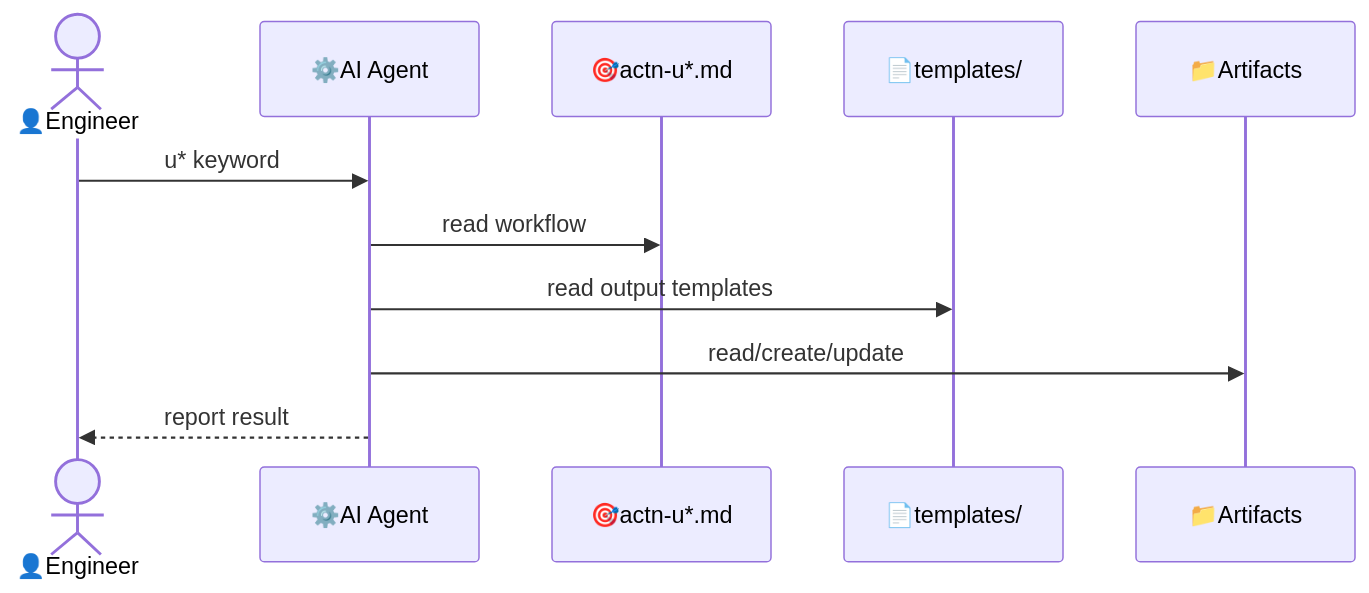
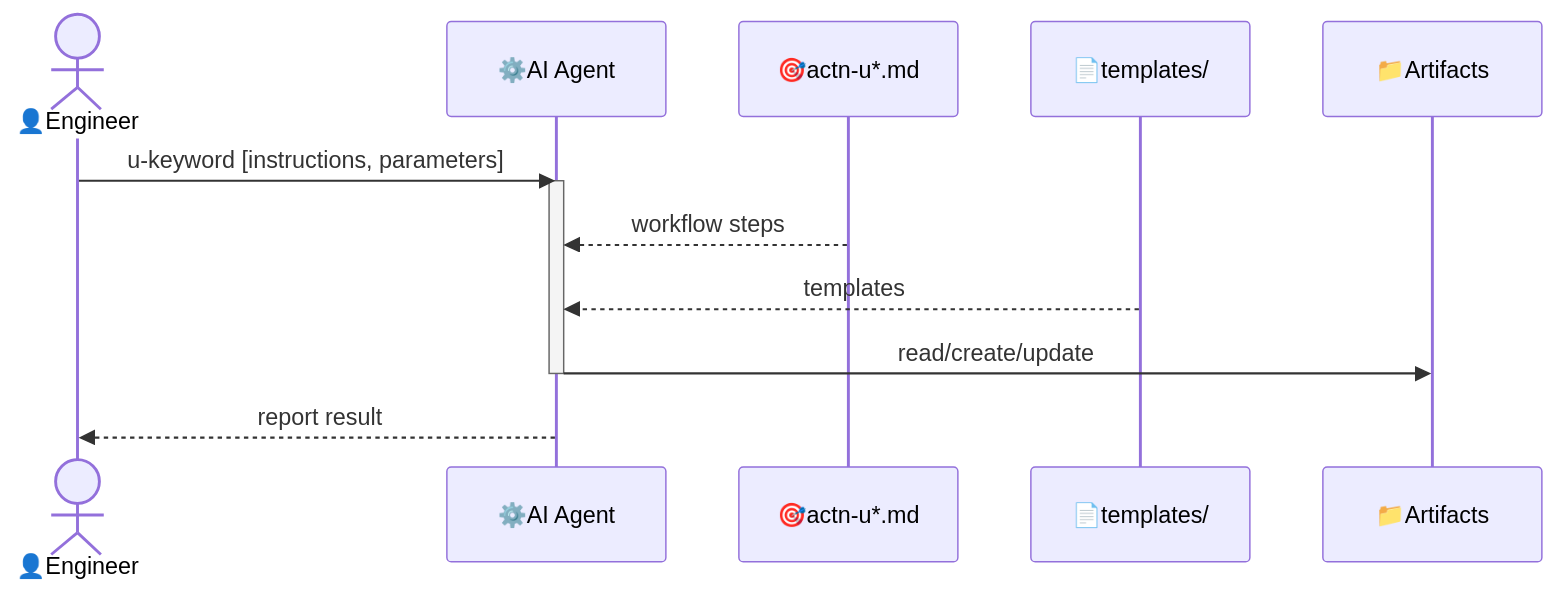
Before and after one commit to untillpro/uspecs: the diagram in uspecs/specs/prod/softeng/softeng--arch.md, drawn with Mermaid. The commit also changed 10 other files, not shown here.

````diff
--- a/uspecs/specs/prod/softeng/softeng--arch.md
+++ b/uspecs/specs/prod/softeng/softeng--arch.md
@@ -9,14 +9,16 @@
 ```mermaid
 sequenceDiagram
     actor engineer as 👤Engineer
     participant ai_agent as ⚙️AI Agent
     participant actn as 🎯actn-u*.md
     participant templates as 📄templates/
     participant artifacts as 📁Artifacts
 
-    engineer->>ai_agent: u* keyword
-    ai_agent->>actn: read workflow
-    ai_agent->>templates: read output templates
+    engineer->>ai_agent: u-keyword [instructions, parameters]
+    activate ai_agent
+    actn -->> ai_agent: workflow steps
+    templates-->>ai_agent: templates
     ai_agent->>artifacts: read/create/update
+    deactivate ai_agent
     ai_agent-->>engineer: report result
 ```
````
